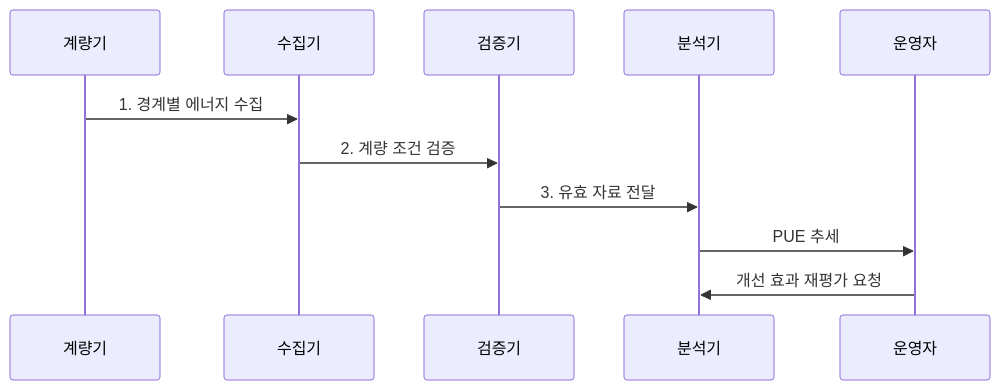
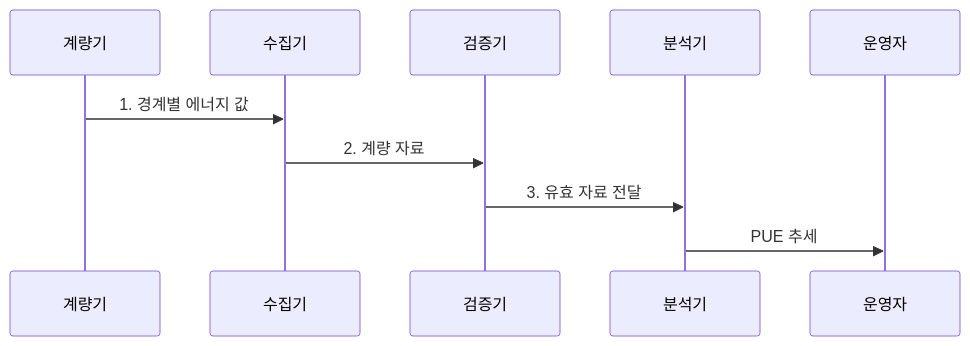
Before and after one commit to agnusdei1207/knowledge-base: the second of 2 diagrams in src/content/docs/notes/02-hardware/058_power_usage_effectiveness.md, drawn with Mermaid. The commit also changed other lines of this file and 20 other files, not shown here.

````diff
--- a/src/content/docs/notes/02-hardware/058_power_usage_effectiveness.md
+++ b/src/content/docs/notes/02-hardware/058_power_usage_effectiveness.md
@@ -75,14 +80,13 @@
 ```mermaid
 sequenceDiagram
     participant M as 계량기
     participant C as 수집기
     participant V as 검증기
     participant A as 분석기
     participant O as 운영자
 
-    M->>C: 1. 경계별 에너지 수집
-    C->>V: 2. 계량 조건 검증
+    M->>C: 1. 경계별 에너지 값
+    C->>V: 2. 계량 자료
     V->>A: 3. 유효 자료 전달
     A->>O: PUE 추세
-    O->>A: 개선 효과 재평가 요청
 ```
````
